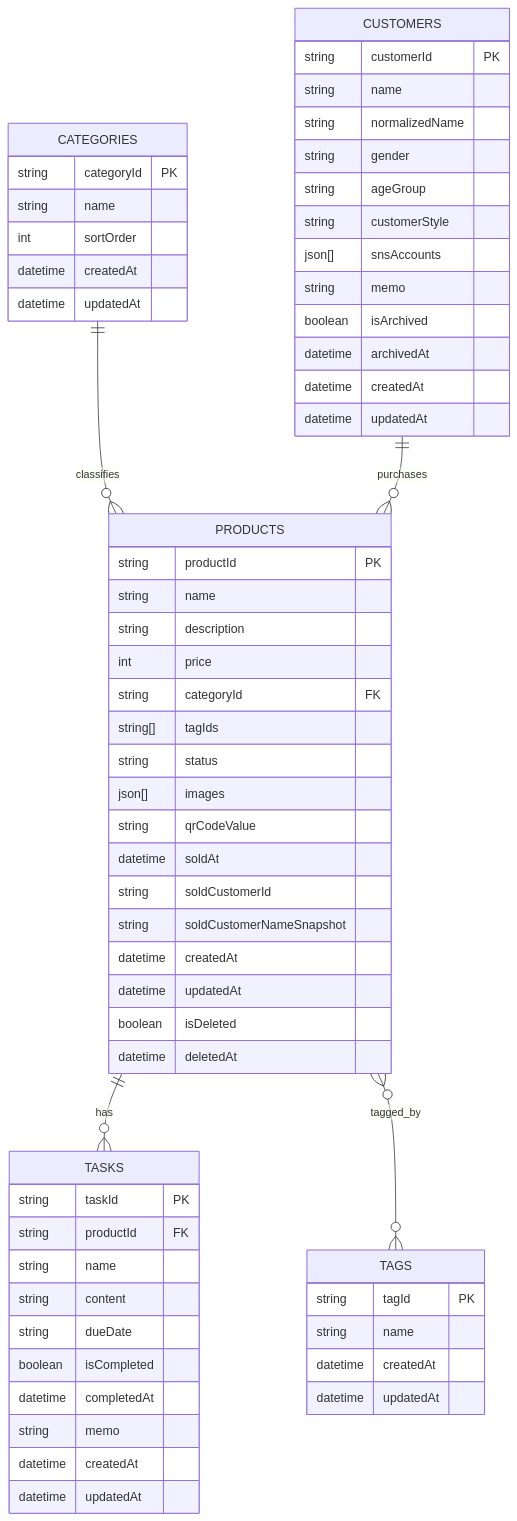
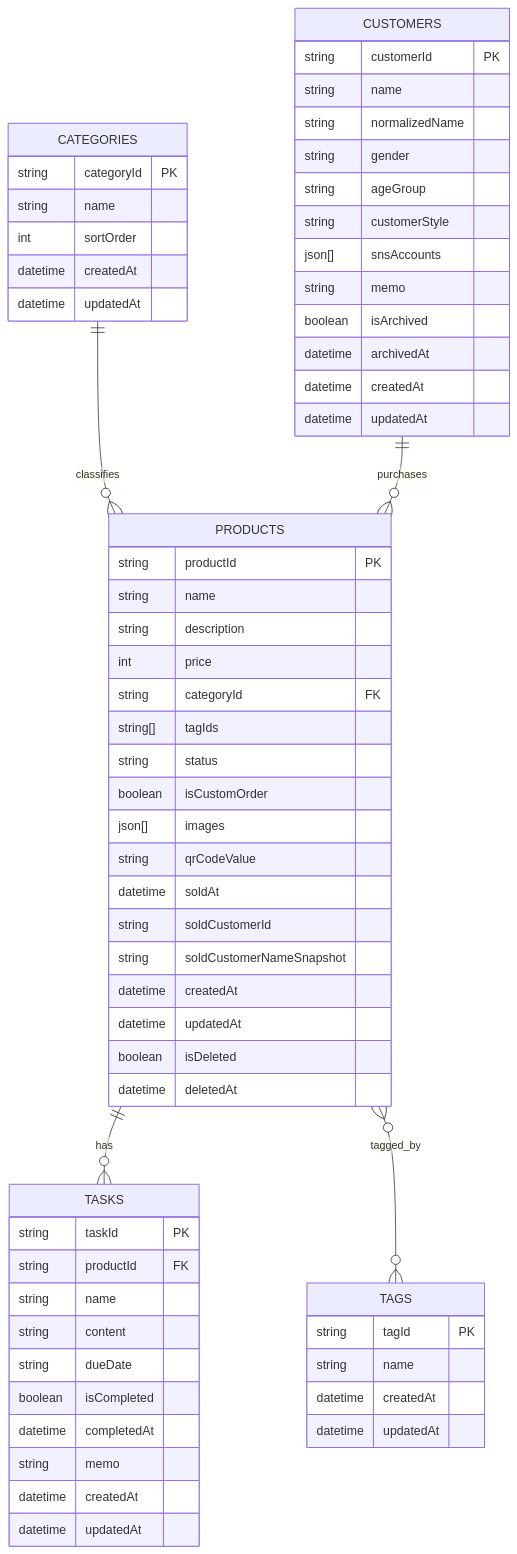
Before and after one commit to Cat5Dog2/Handmade_Item_Management: the diagram in docs/data_design.md, drawn with Mermaid. The commit also changed other lines of this file and 35 other files, not shown here.

Commit message:
feat: add custom order tracking to products and dashboard

````diff
--- a/docs/data_design.md
+++ b/docs/data_design.md
@@ -134,69 +134,70 @@
 ```mermaid
 erDiagram
     PRODUCTS ||--o{ TASKS : has
     CATEGORIES ||--o{ PRODUCTS : classifies
     PRODUCTS }o--o{ TAGS : tagged_by
     CUSTOMERS ||--o{ PRODUCTS : purchases
 
     PRODUCTS {
         string productId PK
         string name
         string description
         int price
         string categoryId FK
         string[] tagIds
         string status
+        boolean isCustomOrder
         json[] images
         string qrCodeValue
         datetime soldAt
         string soldCustomerId
         string soldCustomerNameSnapshot
         datetime createdAt
         datetime updatedAt
         boolean isDeleted
         datetime deletedAt
     }
 
     TASKS {
         string taskId PK
         string productId FK
         string name
         string content
         string dueDate
         boolean isCompleted
         datetime completedAt
         string memo
         datetime createdAt
         datetime updatedAt
     }
 
     CATEGORIES {
         string categoryId PK
         string name
         int sortOrder
         datetime createdAt
         datetime updatedAt
     }
 
     TAGS {
         string tagId PK
         string name
         datetime createdAt
         datetime updatedAt
     }
 
     CUSTOMERS {
         string customerId PK
         string name
         string normalizedName
         string gender
         string ageGroup
         string customerStyle
         json[] snsAccounts
         string memo
         boolean isArchived
         datetime archivedAt
         datetime createdAt
         datetime updatedAt
     }
 ```
````
